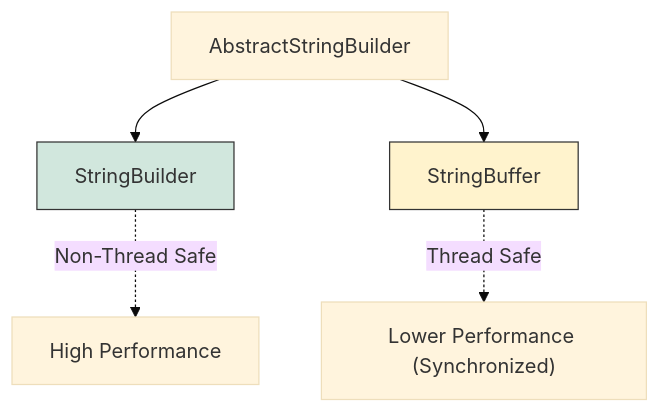
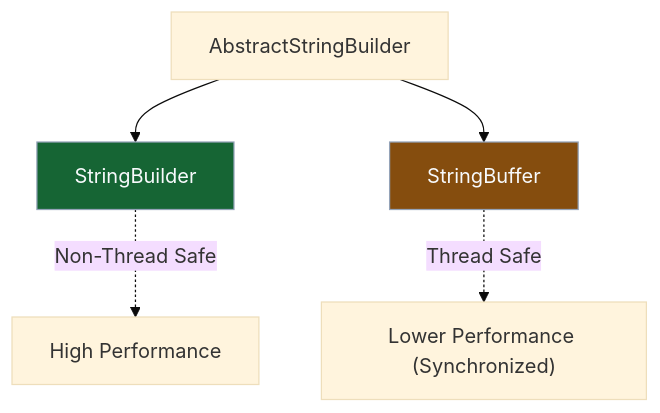
Before and after one commit to Kang-Hyesung/kang-hyesung.github.io: the third of 3 diagrams in _posts/java/09-불변_객체와_String_클래스/2026-01-26-stringbuilder-클래스-소개.md, drawn with Mermaid (base theme). The commit also changed other lines of this file and 74 other files, not shown here.

Commit message:
docs: update post visibility and mermaid colors

````diff
--- a/_posts/java/09-불변_객체와_String_클래스/2026-01-26-stringbuilder-클래스-소개.md
+++ b/_posts/java/09-불변_객체와_String_클래스/2026-01-26-stringbuilder-클래스-소개.md
@@ -145,12 +145,12 @@
 ```mermaid
 graph TD
     A["AbstractStringBuilder"] --> B["StringBuilder"]
     A --> C["StringBuffer"]
     
     B -.->|Non-Thread Safe| D["High Performance"]
     C -.->|Thread Safe| E["Lower Performance (Synchronized)"]
     
-    style B fill:#d1e7dd,stroke:#333
-    style C fill:#fff3cd,stroke:#333
+    style B fill:#166534,stroke:#94a3b8,color:#f8fafc
+    style C fill:#854d0e,stroke:#94a3b8,color:#f8fafc
 
 ```
````
